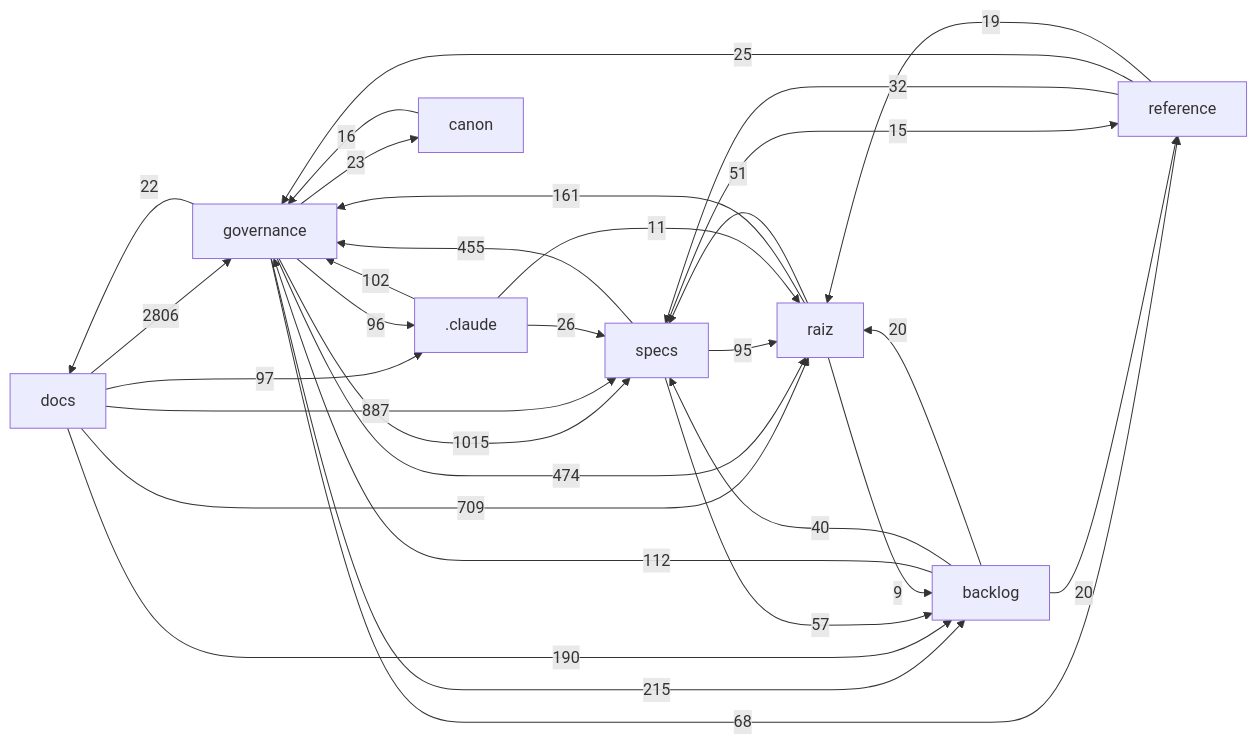
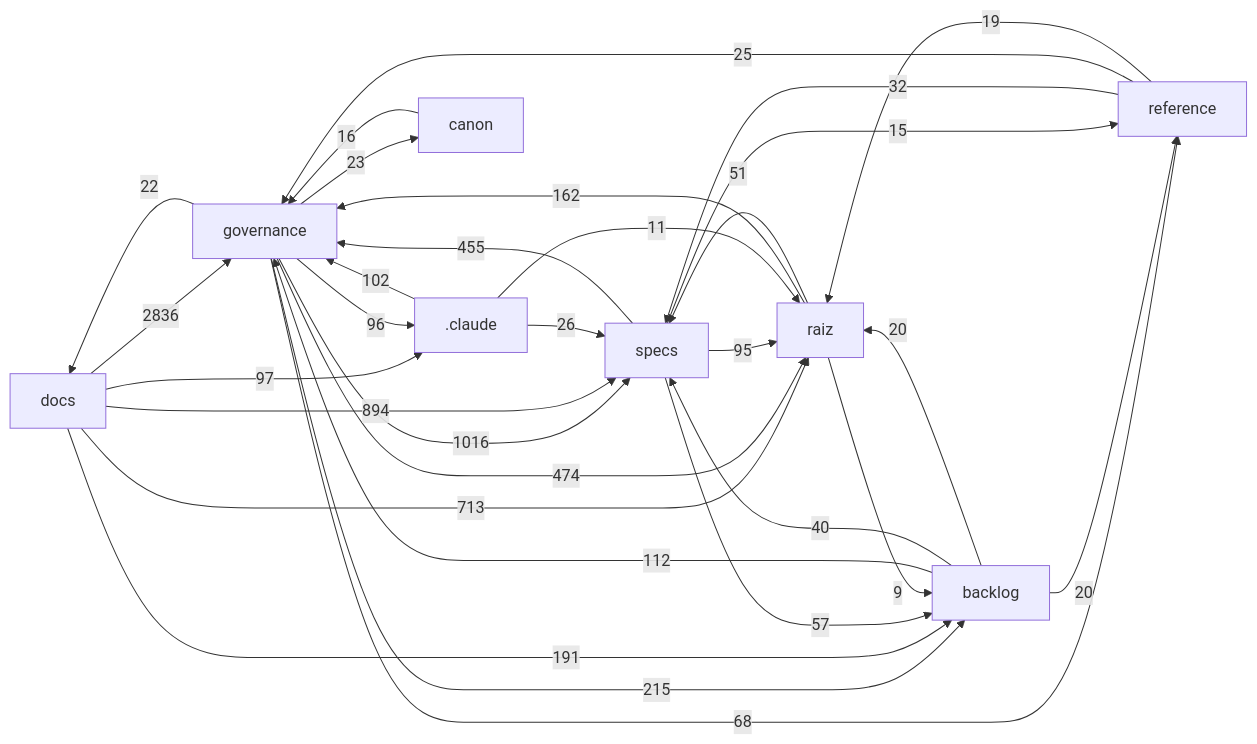
One commit to Andraus35/Sistema-Operacional-de-Trading--SOT changed the diagram in docs/mapa/MAPA-PROJETO.md. Above: the diagram before and after it, drawn with Mermaid. The commit also changed other lines of this file and 7 other files, not shown here.

````diff
--- a/docs/mapa/MAPA-PROJETO.md
+++ b/docs/mapa/MAPA-PROJETO.md
@@ -29,33 +29,33 @@
 ```mermaid
 flowchart LR
-  docs["docs"] -->|2806| governance["governance"]
-  governance["governance"] -->|1015| specs["specs"]
-  docs["docs"] -->|887| specs["specs"]
-  docs["docs"] -->|709| raiz["raiz"]
+  docs["docs"] -->|2836| governance["governance"]
+  governance["governance"] -->|1016| specs["specs"]
+  docs["docs"] -->|894| specs["specs"]
+  docs["docs"] -->|713| raiz["raiz"]
   governance["governance"] -->|474| raiz["raiz"]
   specs["specs"] -->|455| governance["governance"]
   governance["governance"] -->|215| backlog["backlog"]
-  docs["docs"] -->|190| backlog["backlog"]
-  raiz["raiz"] -->|161| governance["governance"]
+  docs["docs"] -->|191| backlog["backlog"]
+  raiz["raiz"] -->|162| governance["governance"]
   backlog["backlog"] -->|112| governance["governance"]
   _claude[".claude"] -->|102| governance["governance"]
   docs["docs"] -->|97| _claude[".claude"]
   governance["governance"] -->|96| _claude[".claude"]
   specs["specs"] -->|95| raiz["raiz"]
   governance["governance"] -->|68| reference["reference"]
   specs["specs"] -->|57| backlog["backlog"]
   raiz["raiz"] -->|51| specs["specs"]
   backlog["backlog"] -->|40| specs["specs"]
   reference["reference"] -->|32| specs["specs"]
   _claude[".claude"] -->|26| specs["specs"]
   reference["reference"] -->|25| governance["governance"]
   governance["governance"] -->|23| canon["canon"]
   governance["governance"] -->|22| docs["docs"]
   backlog["backlog"] -->|20| raiz["raiz"]
   backlog["backlog"] -->|20| reference["reference"]
   reference["reference"] -->|19| raiz["raiz"]
   canon["canon"] -->|16| governance["governance"]
   specs["specs"] -->|15| reference["reference"]
   _claude[".claude"] -->|11| raiz["raiz"]
   raiz["raiz"] -->|9| backlog["backlog"]
 ```
````
